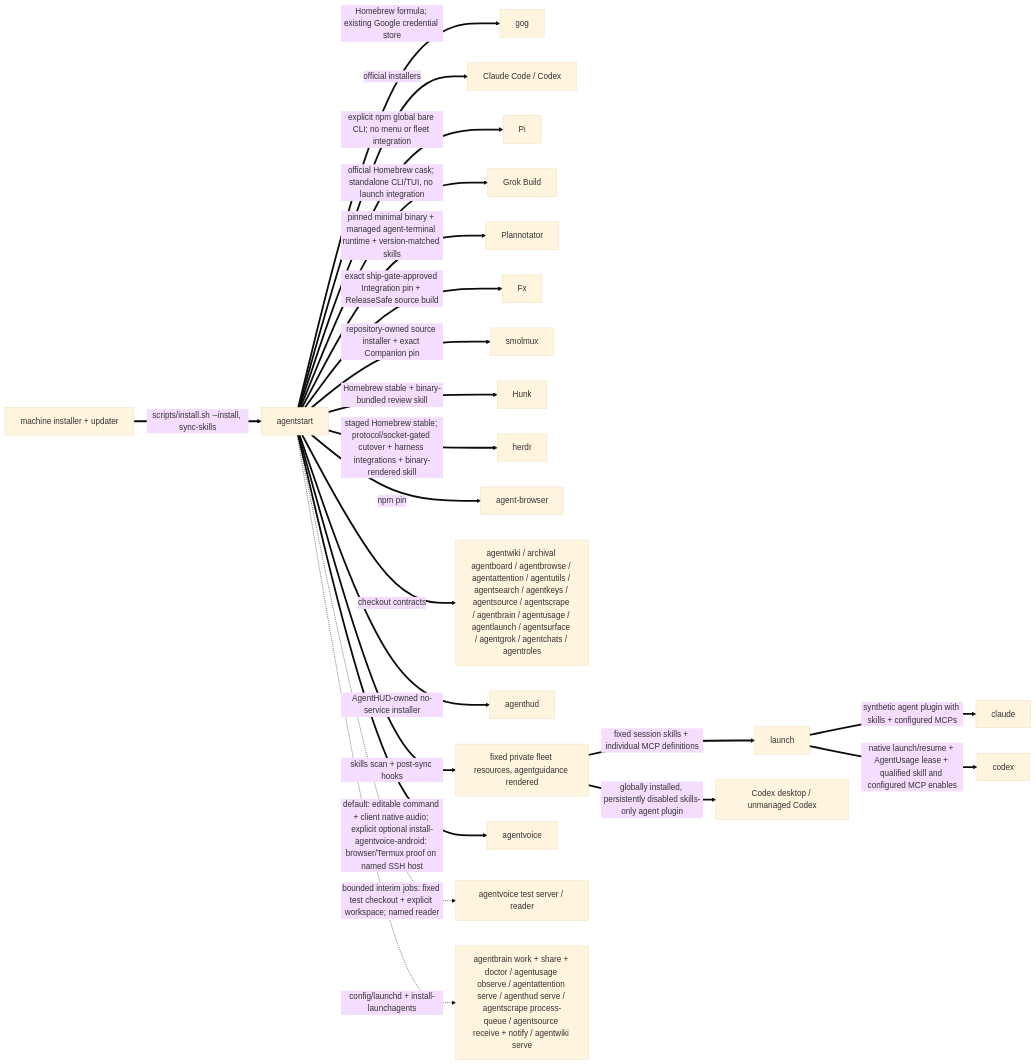
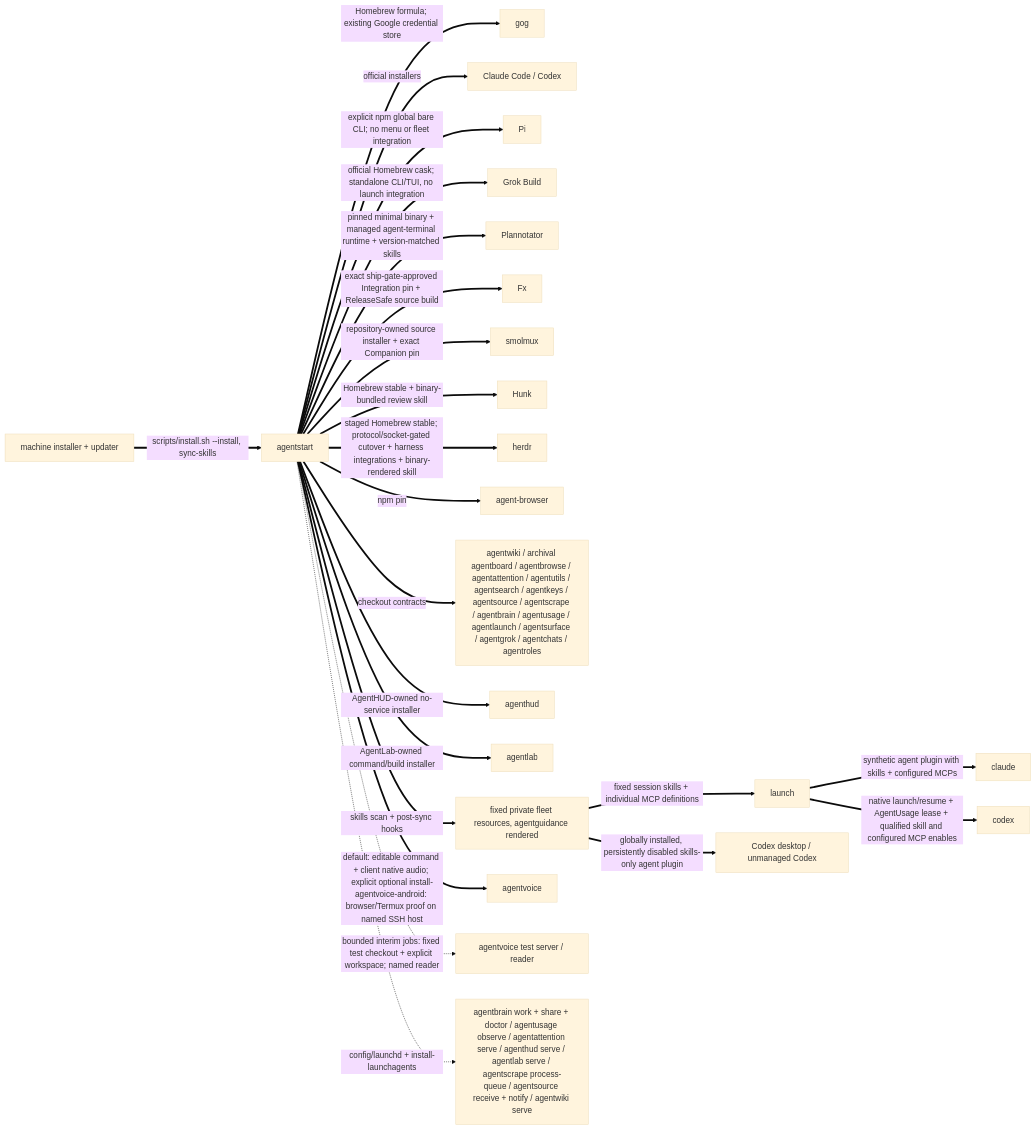
Before and after one commit to possibilities/agentstart: the second of 3 diagrams in skills/fleet/MAP.md, drawn with Mermaid (base theme). The commit also changed other lines of this file and 10 other files, not shown here.

Commit message:
Supervise AgentLab cumulative service

````diff
--- a/skills/fleet/MAP.md
+++ b/skills/fleet/MAP.md
@@ -109,27 +109,28 @@
 ```mermaid
 flowchart LR
     machine[machine installer + updater]
     start[agentstart]
 
     machine ==>|scripts/install.sh --install, sync-skills| start
     start ==>|Homebrew formula; existing Google credential store| gog
     start ==>|official installers| harnesses[Claude Code / Codex]
     start ==>|explicit npm global bare CLI; no menu or fleet integration| pi[Pi]
     start ==>|official Homebrew cask; standalone CLI/TUI, no launch integration| grok[Grok Build]
     start ==>|pinned minimal binary + managed agent-terminal runtime + version-matched skills| plannotator[Plannotator]
     start ==>|exact ship-gate-approved Integration pin + ReleaseSafe source build| fx[Fx]
     start ==>|repository-owned source installer + exact Companion pin| smolmuxInstall[smolmux]
     start ==>|Homebrew stable + binary-bundled review skill| hunk[Hunk]
     start ==>|staged Homebrew stable; protocol/socket-gated cutover + harness integrations + binary-rendered skill| herdrInstall[herdr]
     start ==>|npm pin| browser[agent-browser]
     start ==>|checkout contracts| fleet[agentwiki / archival agentboard / agentbrowse / agentattention / agentutils / agentsearch / agentkeys / agentsource / agentscrape / agentbrain / agentusage / agentlaunch / agentsurface / agentgrok / agentchats / agentroles]
     start ==>|AgentHUD-owned no-service installer| hudInstall[agenthud]
+    start ==>|AgentLab-owned command/build installer| labInstall[agentlab]
     start ==>|skills scan + post-sync hooks| skills[fixed private fleet resources, agentguidance rendered]
     start ==>|default: editable command + client native audio; explicit optional install-agentvoice-android: browser/Termux proof on named SSH host| voiceInstall[agentvoice]
     start -.->|bounded interim jobs: fixed test checkout + explicit workspace; named reader| voiceTest[agentvoice test server / reader]
     skills ==>|fixed session skills + individual MCP definitions| launch
     launch ==>|synthetic agent plugin with skills + configured MCPs| claude
     launch ==>|native launch/resume + AgentUsage lease + qualified skill and configured MCP enables| codex
     skills ==>|globally installed, persistently disabled skills-only agent plugin| codexDesktop[Codex desktop / unmanaged Codex]
-    start -.->|config/launchd + install-launchagents| services[agentbrain work + share + doctor / agentusage observe / agentattention serve / agenthud serve / agentscrape process-queue / agentsource receive + notify / agentwiki serve]
+    start -.->|config/launchd + install-launchagents| services[agentbrain work + share + doctor / agentusage observe / agentattention serve / agenthud serve / agentlab serve / agentscrape process-queue / agentsource receive + notify / agentwiki serve]
 ```
````
